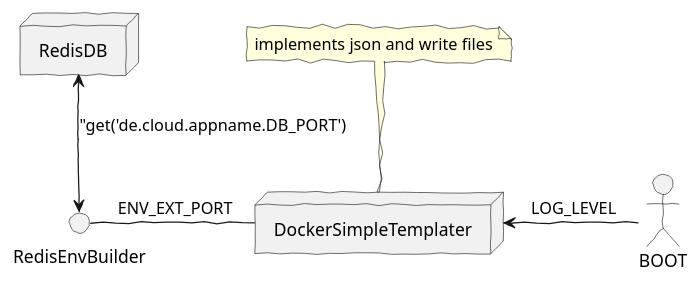
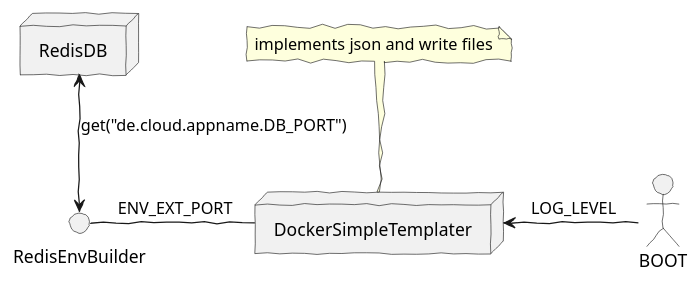
Before and after one commit to dockermgeo/DockerSimpleTemplater: the diagram in docs/dst-architektur.puml, drawn with PlantUML. The commit also changed 1 other file, not shown here.

Commit message:
RedisDB-Client

```diff
--- a/docs/dst-architektur.puml
+++ b/docs/dst-architektur.puml
@@ -1,16 +1,16 @@
 @startuml
 skinparam handwritten true
 
 node RedisDB
 interface RedisEnvBuilder
 actor BOOT
 node DockerSimpleTemplater
 
 
-RedisDB <--> RedisEnvBuilder:"get('de.cloud.appname.DB_PORT')
+RedisDB <--> RedisEnvBuilder:get("de.cloud.appname.DB_PORT")
 DockerSimpleTemplater <- BOOT:" LOG_LEVEL"
 RedisEnvBuilder - DockerSimpleTemplater:" ENV_EXT_PORT"
 note top: implements json and write files
 
 
 @enduml
```
